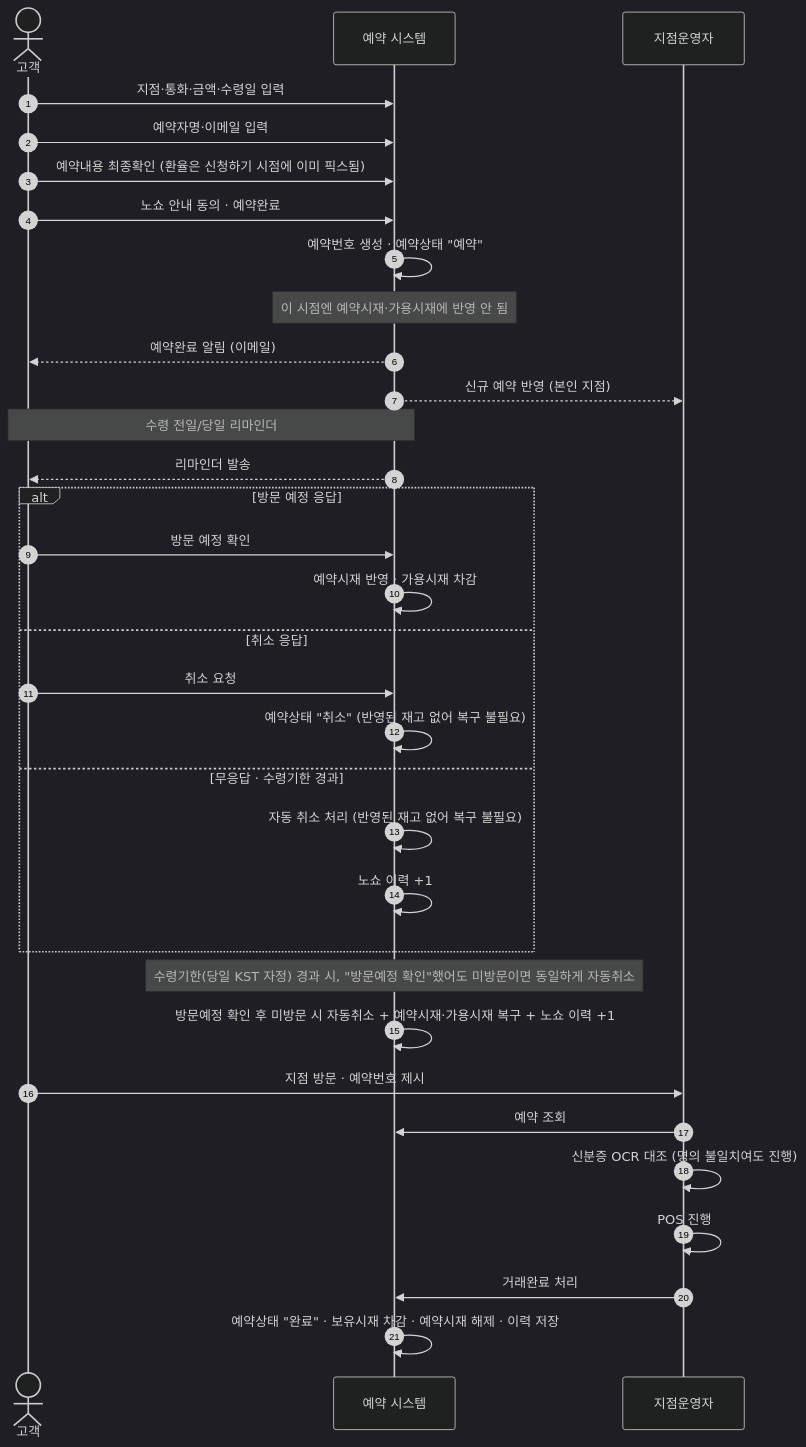
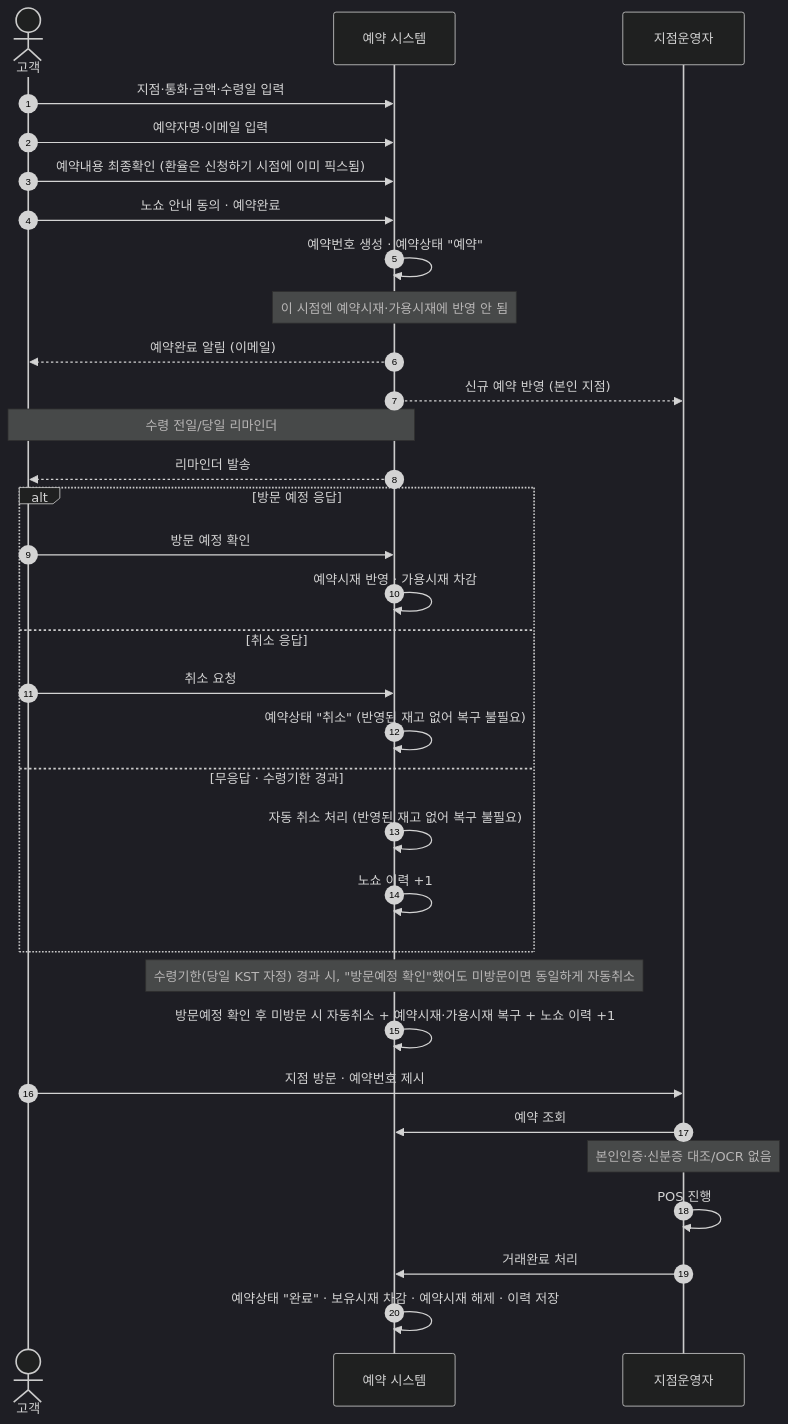
One commit to ahyeonine/moneybox_fw01 changed the diagram in docs-plan/예약_시퀀스다이어그램.mermaid. Above: the diagram before and after it, drawn with Mermaid (dark theme). The commit also changed 20 other files, not shown here.

First line of the commit message:
refactor: 회원/로그인/본인인증·현장 신분증 대조(OCR) 없는 모델로 정리

```diff
--- a/docs-plan/예약_시퀀스다이어그램.mermaid
+++ b/docs-plan/예약_시퀀스다이어그램.mermaid
@@ -1,40 +1,40 @@
 sequenceDiagram
 autonumber
 actor U as 고객
 participant App as 예약 시스템
 participant Branch as 지점운영자
 
 U->>App: 지점·통화·금액·수령일 입력
 U->>App: 예약자명·이메일 입력
 U->>App: 예약내용 최종확인 (환율은 신청하기 시점에 이미 픽스됨)
 U->>App: 노쇼 안내 동의 · 예약완료
 
 App->>App: 예약번호 생성 · 예약상태 "예약"
 Note over App: 이 시점엔 예약시재·가용시재에 반영 안 됨
 App-->>U: 예약완료 알림 (이메일)
 App-->>Branch: 신규 예약 반영 (본인 지점)
 
 Note over App,U: 수령 전일/당일 리마인더
 App-->>U: 리마인더 발송
 
 alt 방문 예정 응답
     U->>App: 방문 예정 확인
     App->>App: 예약시재 반영 · 가용시재 차감
 else 취소 응답
     U->>App: 취소 요청
     App->>App: 예약상태 "취소" (반영된 재고 없어 복구 불필요)
 else 무응답 · 수령기한 경과
     App->>App: 자동 취소 처리 (반영된 재고 없어 복구 불필요)
     App->>App: 노쇼 이력 +1
 end
 
 Note over App: 수령기한(당일 KST 자정) 경과 시, "방문예정 확인"했어도 미방문이면 동일하게 자동취소
 App->>App: 방문예정 확인 후 미방문 시 자동취소 + 예약시재·가용시재 복구 + 노쇼 이력 +1
 
 U->>Branch: 지점 방문 · 예약번호 제시
 Branch->>App: 예약 조회
-Branch->>Branch: 신분증 OCR 대조 (명의 불일치여도 진행)
+Note over Branch: 본인인증·신분증 대조/OCR 없음
 Branch->>Branch: POS 진행
 Branch->>App: 거래완료 처리
 
 App->>App: 예약상태 "완료" · 보유시재 차감 · 예약시재 해제 · 이력 저장
```
